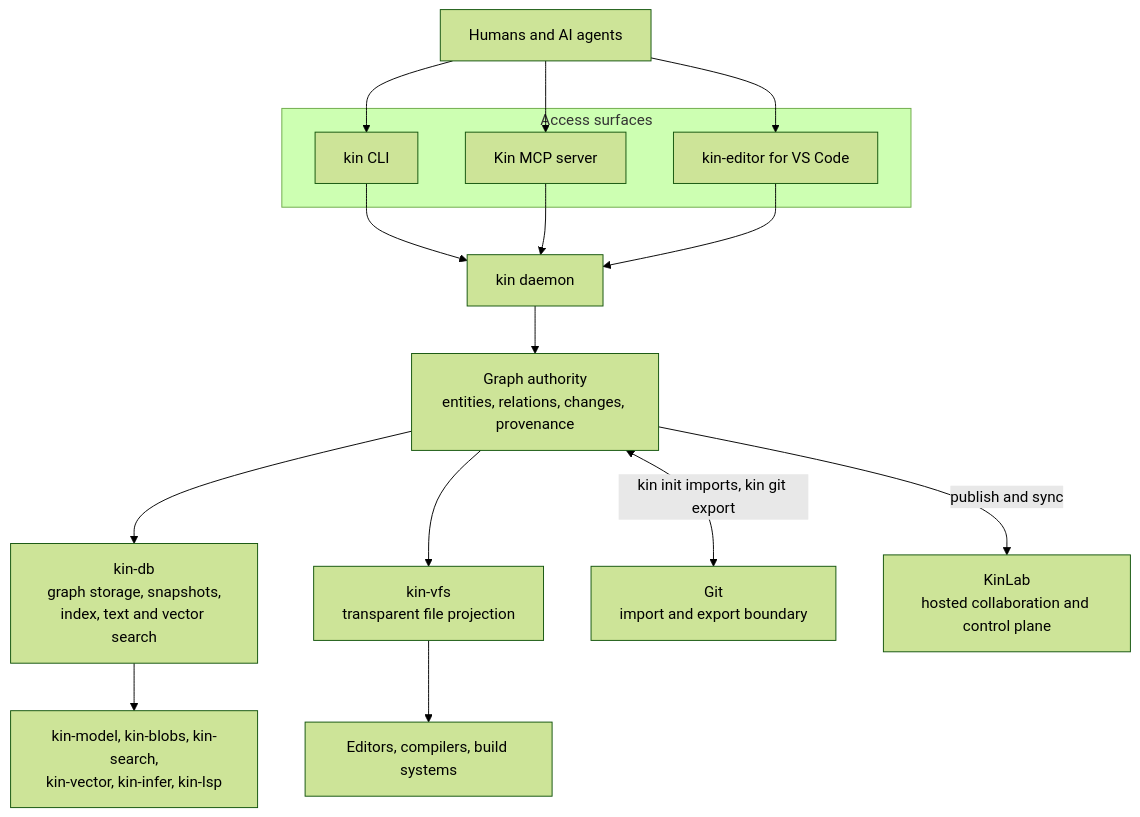
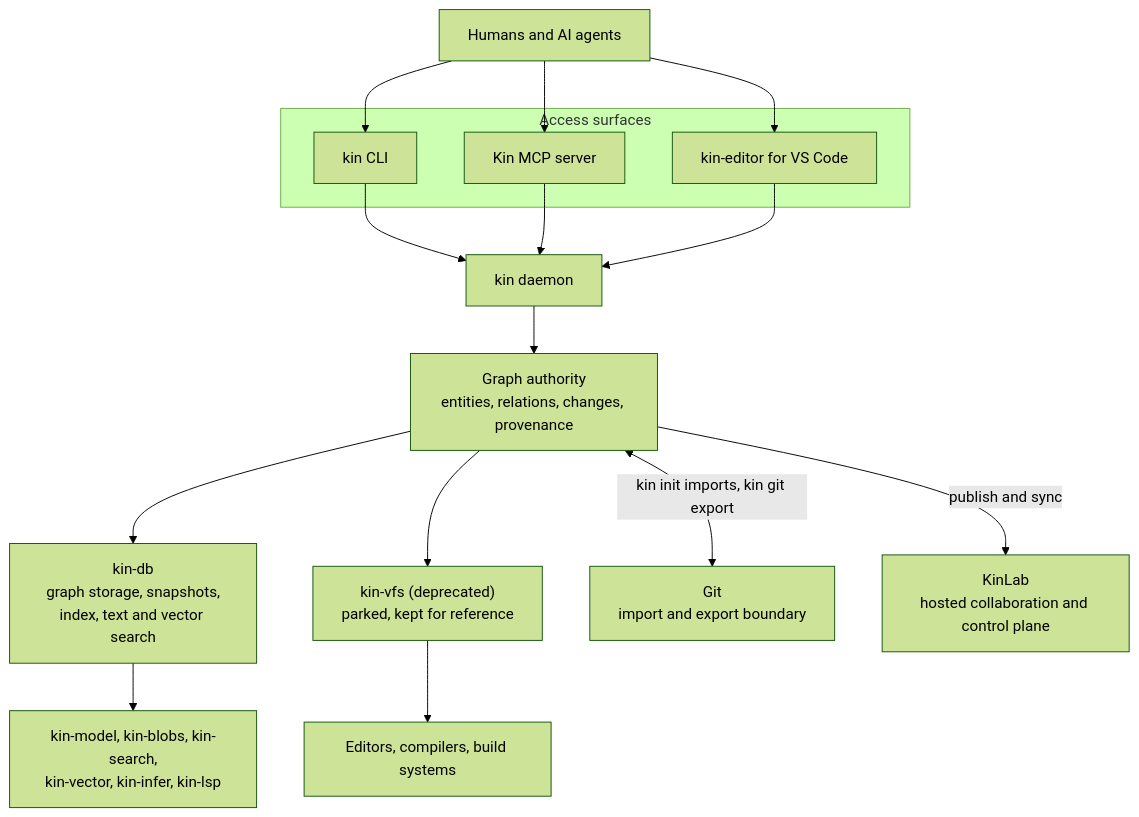
Before and after one commit to firelock-ai/kin: the diagram in docs/readme-reference.md, drawn with Mermaid (forest theme). The commit also changed other lines of this file and 2 other files, not shown here.

````diff
--- a/docs/readme-reference.md
+++ b/docs/readme-reference.md
@@ -291,33 +293,33 @@
 ```mermaid
 flowchart TD
     people["Humans and AI agents"]
 
     subgraph surfaces["Access surfaces"]
         cli["kin CLI"]
         mcp["Kin MCP server"]
         editor["kin-editor for VS Code"]
     end
 
     daemon["kin daemon"]
     authority["Graph authority<br/>entities, relations, changes, provenance"]
     db["kin-db<br/>graph storage, snapshots,<br/>index, text and vector search"]
     prims["kin-model, kin-blobs, kin-search,<br/>kin-vector, kin-infer, kin-lsp"]
-    vfs["kin-vfs<br/>transparent file projection"]
+    vfs["kin-vfs (deprecated)<br/>parked, kept for reference"]
     tools["Editors, compilers, build systems"]
     git["Git<br/>import and export boundary"]
     kinlab["KinLab<br/>hosted collaboration and control plane"]
 
     people --> cli
     people --> mcp
     people --> editor
     cli --> daemon
     mcp --> daemon
     editor --> daemon
     daemon --> authority
     authority --> db
     db --> prims
     authority <-->|"kin init imports, kin git export"| git
     authority -->|"publish and sync"| kinlab
     authority --> vfs
     vfs --> tools
 ```
````
